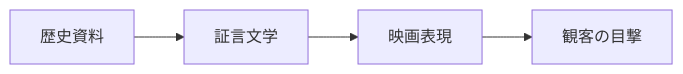
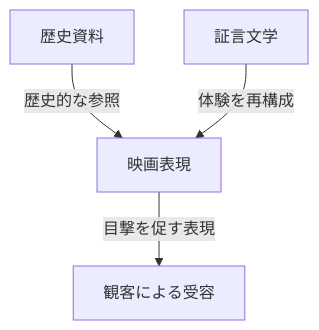
The second of 2 diagrams in articles/report/come-and-see-belarus-war-crimes/ja/index.mdx (daylight55/research), drawn with Mermaid before and after one commit. The commit also changed other lines of this file and 181 other files, not shown here.

First line of the commit message:
全記事の図解368点を再生成し、共通注意書きを削除 (#402)

````diff
--- a/articles/report/come-and-see-belarus-war-crimes/ja/index.mdx
+++ b/articles/report/come-and-see-belarus-war-crimes/ja/index.mdx
@@ -96,6 +103,12 @@
 ```mermaid
-flowchart LR
-  A["歴史資料"] --> B["証言文学"]
-  B --> C["映画表現"]
-  C --> D["観客の目撃"]
+flowchart TD
+  accTitle: 史料・証言と映画の表現の関係
+  accDescr: 映画を史料の代替にせず、史料と証言がどのように映像表現へ再構成されるかを読む。
+  N0["歴史資料"]
+  N1["証言文学"]
+  N2["映画表現"]
+  N3["観客による受容"]
+  N0 -->|歴史的な参照| N2
+  N1 -->|体験を再構成| N2
+  N2 -->|目撃を促す表現| N3
 ```
````
